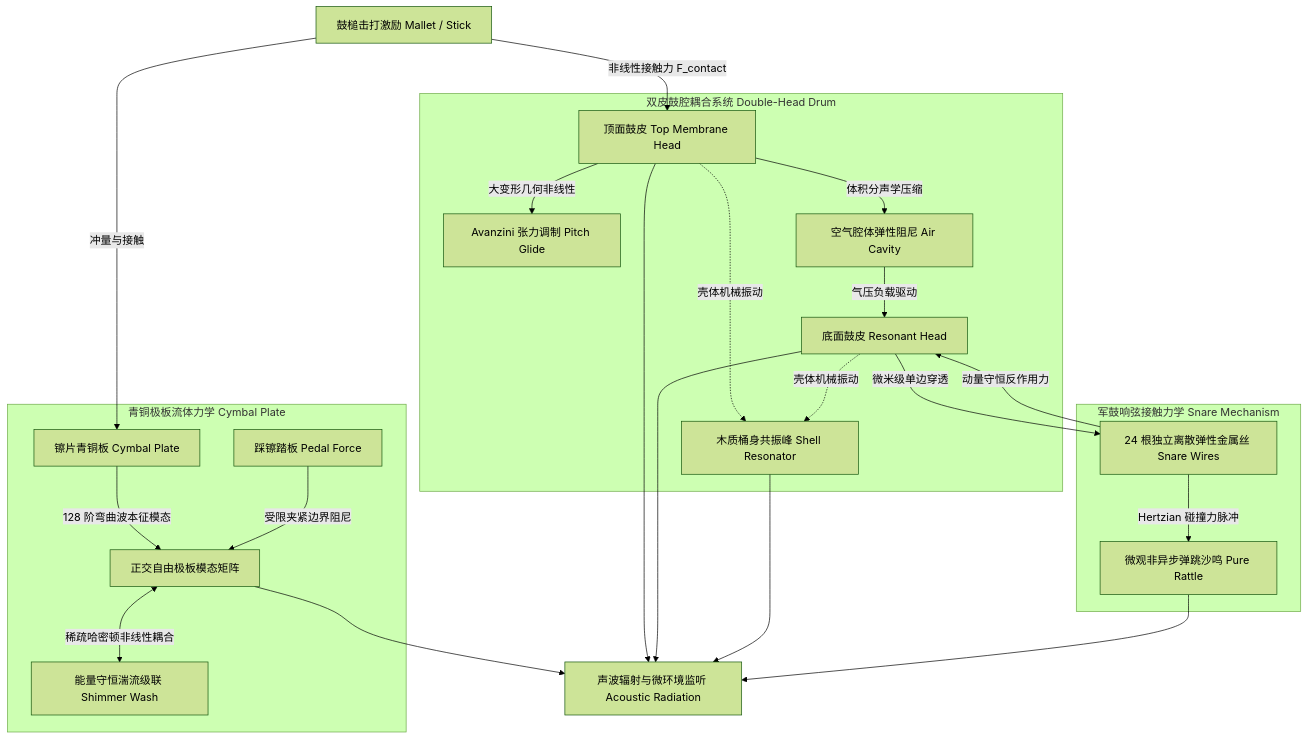
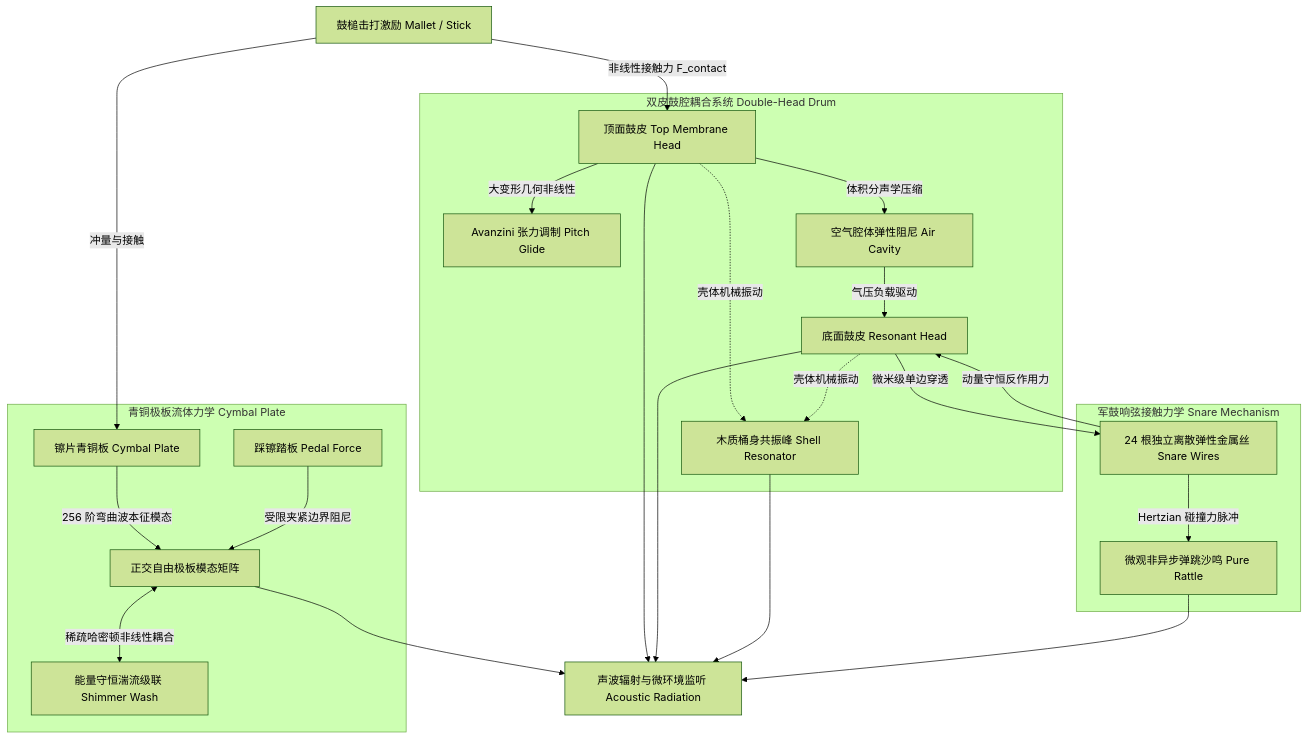
One commit to mumu-lhl/physics-piano-experiment changed the diagram in docs/design/DRUM_PHYSICAL_MODELING_SPECIFICATION.md. Above: the diagram before and after it, drawn with Mermaid (forest theme). The commit also changed other lines of this file, not shown here.

````diff
--- a/docs/design/DRUM_PHYSICAL_MODELING_SPECIFICATION.md
+++ b/docs/design/DRUM_PHYSICAL_MODELING_SPECIFICATION.md
@@ -17,31 +17,31 @@
 ```mermaid
 flowchart TD
     Stick[鼓槌击打激励 Mallet / Stick] -->|非线性接触力 F_contact| Head[顶面鼓皮 Top Membrane Head]
     Stick -->|冲量与接触| Cymbal[镲片青铜板 Cymbal Plate]
 
     subgraph DrumBody[双皮鼓腔耦合系统 Double-Head Drum]
         Head -->|大变形几何非线性| Avanzini[Avanzini 张力调制 Pitch Glide]
         Head -->|体积分声学压缩| Cavity[空气腔体弹性阻尼 Air Cavity]
         Cavity -->|气压负载驱动| ResoHead[底面鼓皮 Resonant Head]
         Head -.->|壳体机械振动| Shell[木质桶身共振峰 Shell Resonator]
         ResoHead -.->|壳体机械振动| Shell
     end
 
     subgraph SnareSubsystem[军鼓响弦接触力学 Snare Mechanism]
         ResoHead -->|微米级单边穿透| Wires[24 根独立离散弹性金属丝 Snare Wires]
         Wires -->|Hertzian 碰撞力脉冲| Chatter[微观非异步弹跳沙鸣 Pure Rattle]
         Wires -->|动量守恒反作用力| ResoHead
     end
 
     subgraph CymbalSubsystem[青铜极板流体力学 Cymbal Plate]
-        Cymbal -->|128 阶弯曲波本征模态| ModalBank[正交自由极板模态矩阵]
+        Cymbal -->|256 阶弯曲波本征模态| ModalBank[正交自由极板模态矩阵]
         ModalBank <-->|稀疏哈密顿非线性耦合| Cascade[能量守恒湍流级联 Shimmer Wash]
         Pedal[踩镲踏板 Pedal Force] -->|受限夹紧边界阻尼| ModalBank
     end
 
     Head --> Output[声波辐射与微环境监听 Acoustic Radiation]
     ResoHead --> Output
     Shell --> Output
     Chatter --> Output
     ModalBank --> Output
 ```
````
